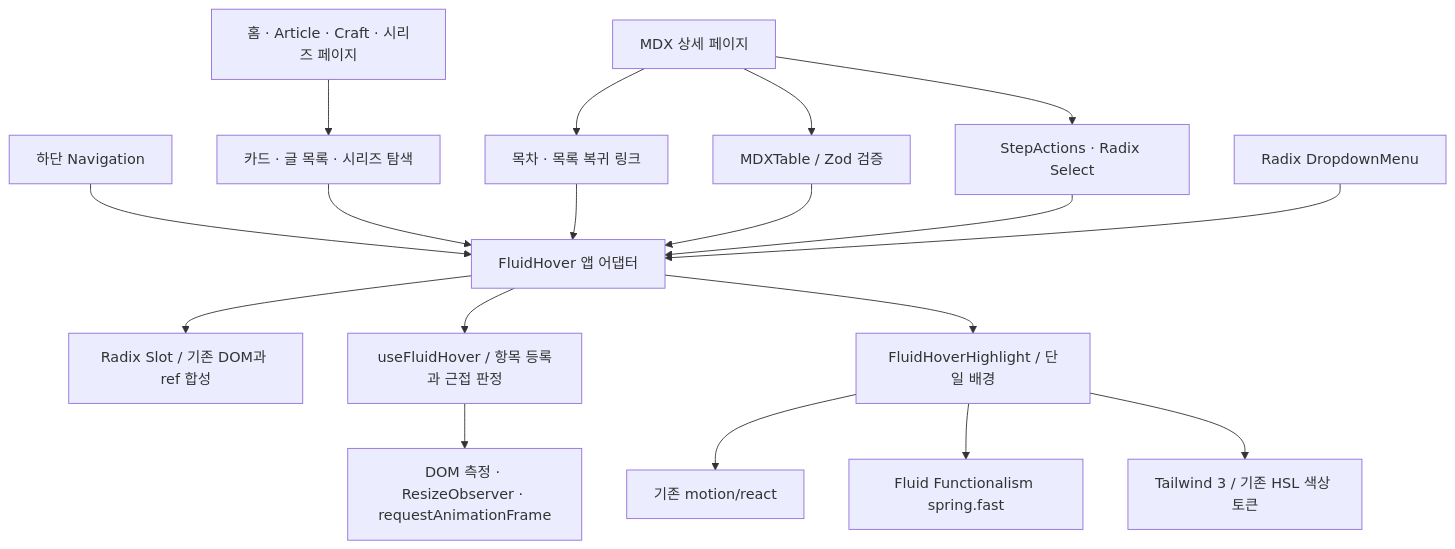
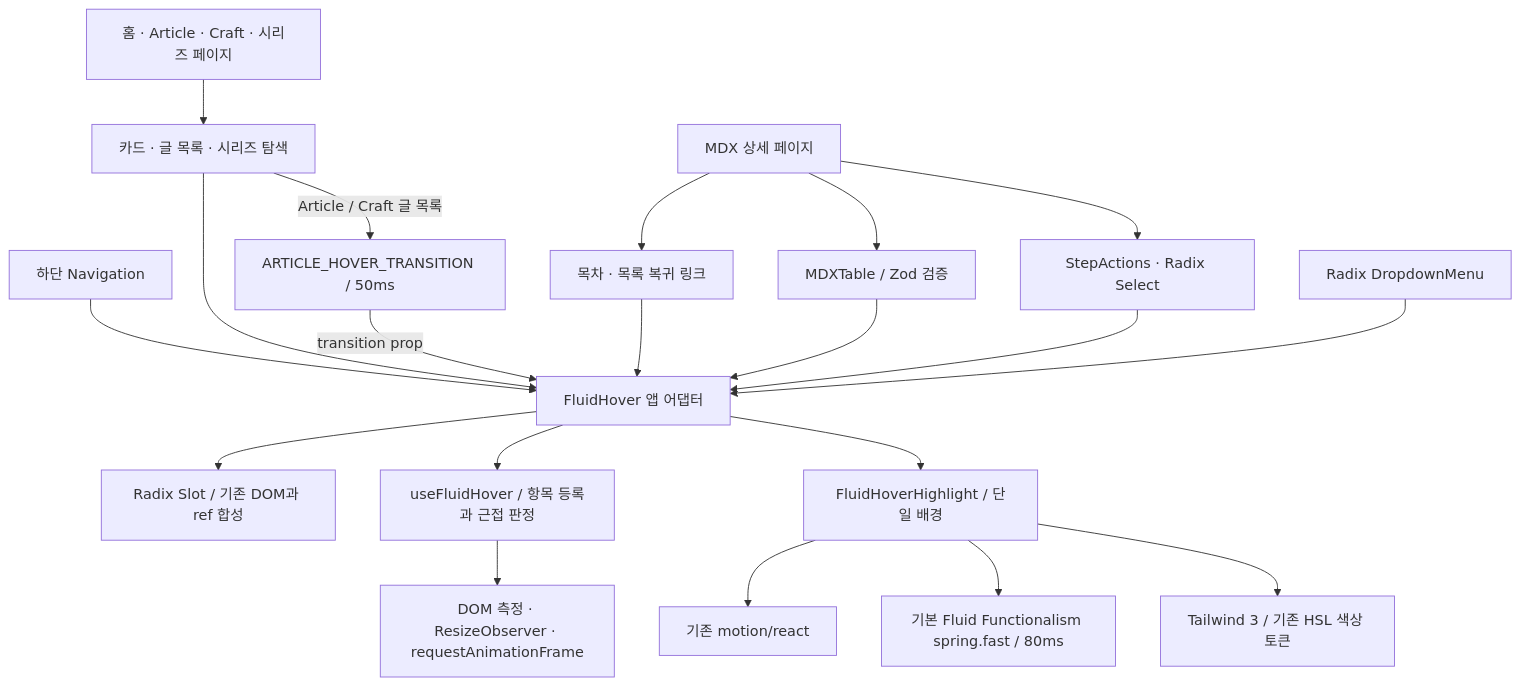
Before and after one commit to jaem1n207/bendd: the diagram in docs/design-docs/fluid-hover.md, drawn with Mermaid. The commit also changed other lines of this file and 6 other files, not shown here.

Commit message:
fix(article): 글 목록 Fluid Hover 이동 속도 개선

````diff
--- a/docs/design-docs/fluid-hover.md
+++ b/docs/design-docs/fluid-hover.md
@@ -7,20 +7,22 @@
 ```mermaid
 flowchart TD
   Pages[홈 · Article · Craft · 시리즈 페이지] --> Lists[카드 · 글 목록 · 시리즈 탐색]
   Detail[MDX 상세 페이지] --> TOC[목차 · 목록 복귀 링크]
   Detail --> Table[MDXTable / Zod 검증]
   Detail --> Steps[StepActions · Radix Select]
   Dock[하단 Navigation] --> Adapter
   Lists --> Adapter[FluidHover 앱 어댑터]
+  Lists -->|Article / Craft 글 목록| Timing[ARTICLE_HOVER_TRANSITION / 50ms]
+  Timing -->|transition prop| Adapter
   TOC --> Adapter
   Table --> Adapter
   Steps --> Adapter
   Menu[Radix DropdownMenu] --> Adapter
   Adapter --> Slot[Radix Slot / 기존 DOM과 ref 합성]
   Adapter --> Hook[useFluidHover / 항목 등록과 근접 판정]
   Adapter --> Highlight[FluidHoverHighlight / 단일 배경]
   Hook --> Geometry[DOM 측정 · ResizeObserver · requestAnimationFrame]
   Highlight --> Motion[기존 motion/react]
-  Highlight --> Spring[Fluid Functionalism spring.fast]
+  Highlight --> Spring[기본 Fluid Functionalism spring.fast / 80ms]
   Highlight --> Theme[Tailwind 3 / 기존 HSL 색상 토큰]
 ```
````
